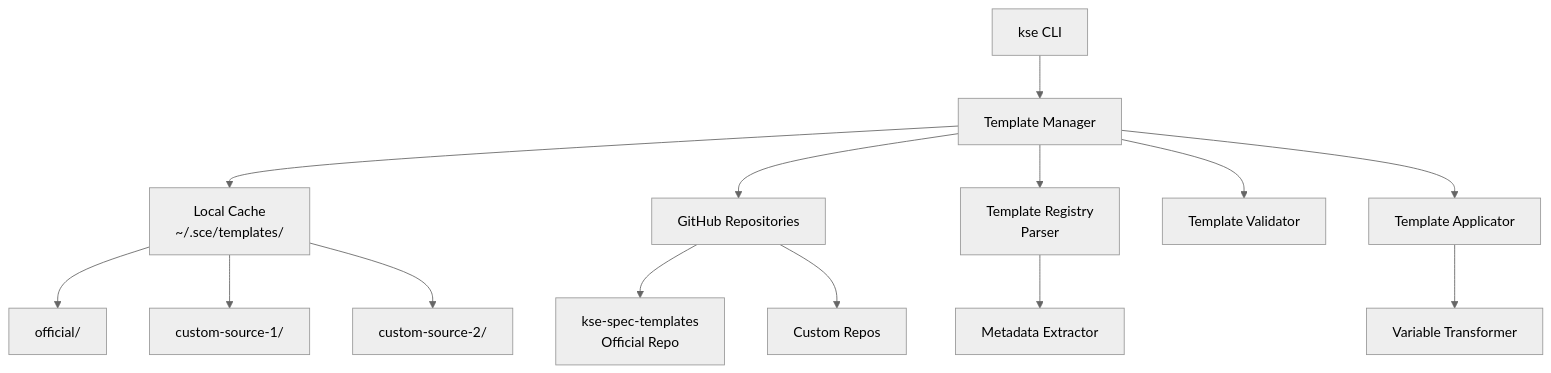
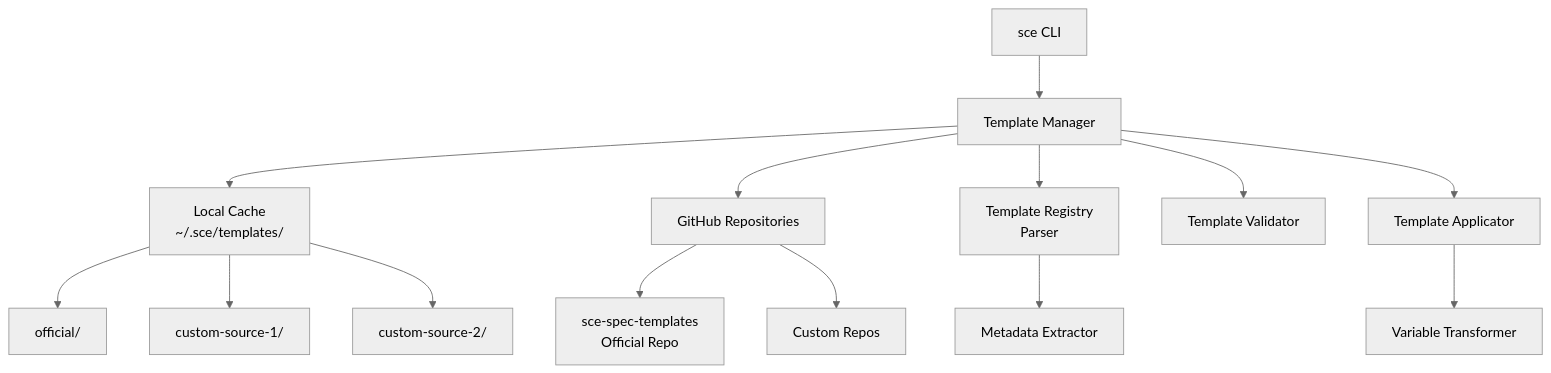
One commit to LuChangQiu/kiro-spec-engine changed the first of 2 diagrams in .sce/templates/exports/spec-template-library/design.md. Above: the diagram before and after it, drawn with Mermaid (neutral theme). The commit also changed other lines of this file and 9 other files, not shown here.

Commit message:
refactor(scene): drop kse_version compatibility and align spec-template library to sce

````diff
--- a/.sce/templates/exports/spec-template-library/design.md
+++ b/.sce/templates/exports/spec-template-library/design.md
@@ -28,20 +37,20 @@
 ```mermaid
 graph TB
-    CLI[kse CLI] --> TM[Template Manager]
+    CLI[sce CLI] --> TM[Template Manager]
     TM --> LC[Local Cache<br/>~/.sce/templates/]
     TM --> GH[GitHub Repositories]
     
     LC --> OFF[official/]
     LC --> CUST[custom-source-1/]
     LC --> CUST2[custom-source-2/]
     
-    GH --> REPO1[kse-spec-templates<br/>Official Repo]
+    GH --> REPO1[sce-spec-templates<br/>Official Repo]
     GH --> REPO2[Custom Repos]
     
     TM --> REG[Template Registry<br/>Parser]
     TM --> VAL[Template Validator]
     TM --> APP[Template Applicator]
     
     REG --> META[Metadata Extractor]
     APP --> TRANS[Variable Transformer]
 ```
````
